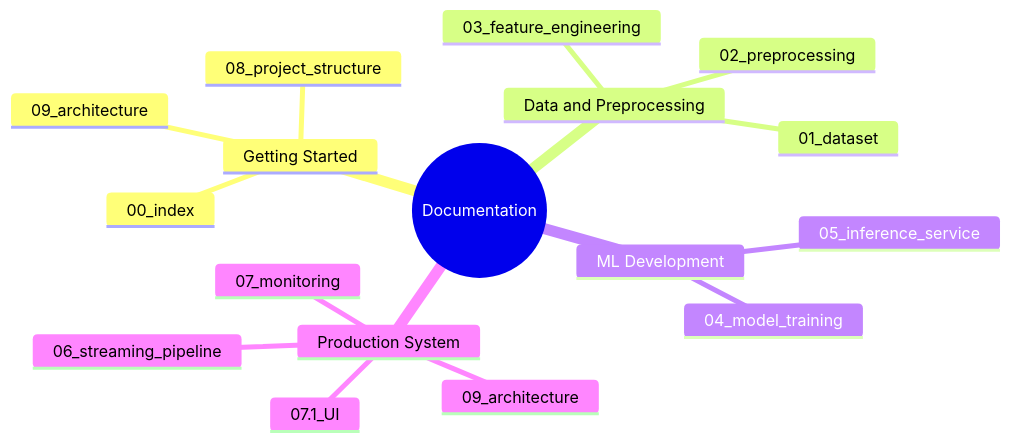
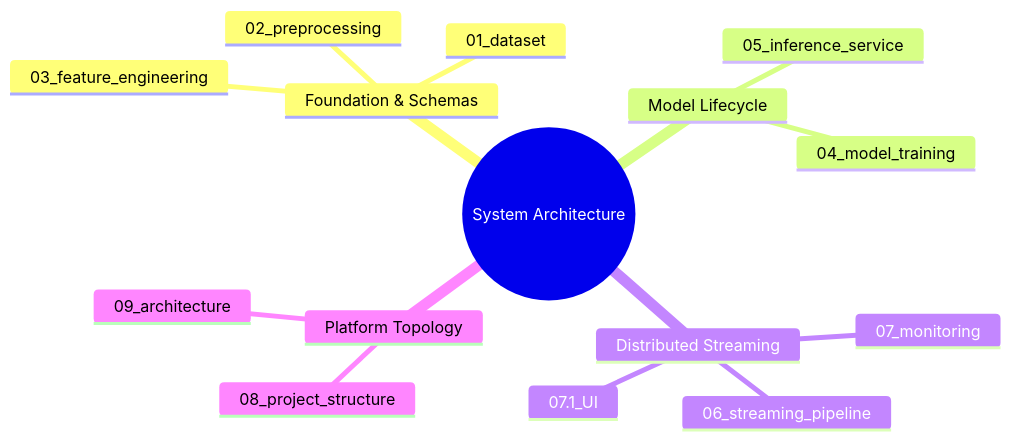
Before and after one commit to nasim-raj-laskar/Engine-RUL-Forcasting-system: the first of 2 diagrams in docs/00_index.md, drawn with Mermaid. The commit also changed other lines of this file and 11 other files, not shown here.

````diff
--- a/docs/00_index.md
+++ b/docs/00_index.md
@@ -9,20 +11,18 @@
 ```mermaid
 mindmap
-  root((Documentation))
-    Getting Started
-      00_index
-      08_project_structure
-      09_architecture
-    Data and Preprocessing
+  root((System Architecture))
+    Foundation & Schemas
       01_dataset
       02_preprocessing
       03_feature_engineering
-    ML Development
+    Model Lifecycle
       04_model_training
       05_inference_service
-    Production System
+    Distributed Streaming
       06_streaming_pipeline
       07_monitoring
       07.1_UI
+    Platform Topology
+      08_project_structure
       09_architecture
 ```
````
